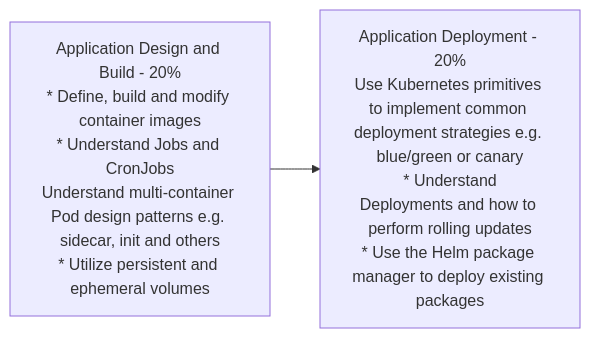
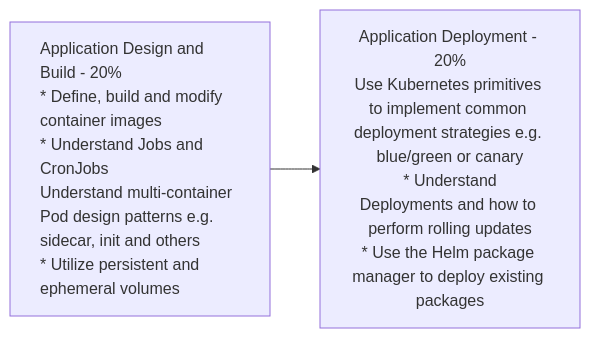
The first of 2 diagrams in README.md (edithturn/CKAD-training), drawn with Mermaid before and after one commit.

Commit message:
domain part II

````diff
--- a/README.md
+++ b/README.md
@@ -13,6 +13,7 @@
 ```mermaid
 flowchart LR
-A[Application Design and Build - 20%<br /><left>* Define, build and modify container images<br />* Understand Jobs and CronJobs<br />Understand multi-container Pod design patterns e.g. sidecar, init and others<br />* Utilize persistent and ephemeral volumes</left>] --> B
+A[Application Design and Build - 20%<br />* Define, build and modify container images<br />* Understand Jobs and CronJobs<br />Understand multi-container Pod design patterns e.g. sidecar, init and others<br />* Utilize persistent and ephemeral volumes] --> B
+style A text-align:left
 
 B[Application Deployment - 20%<br />Use Kubernetes primitives to implement common deployment strategies e.g. blue/green or canary<br /> * Understand Deployments and how to perform rolling updates<br />* Use the Helm package manager to deploy existing packages]
 ```
````
